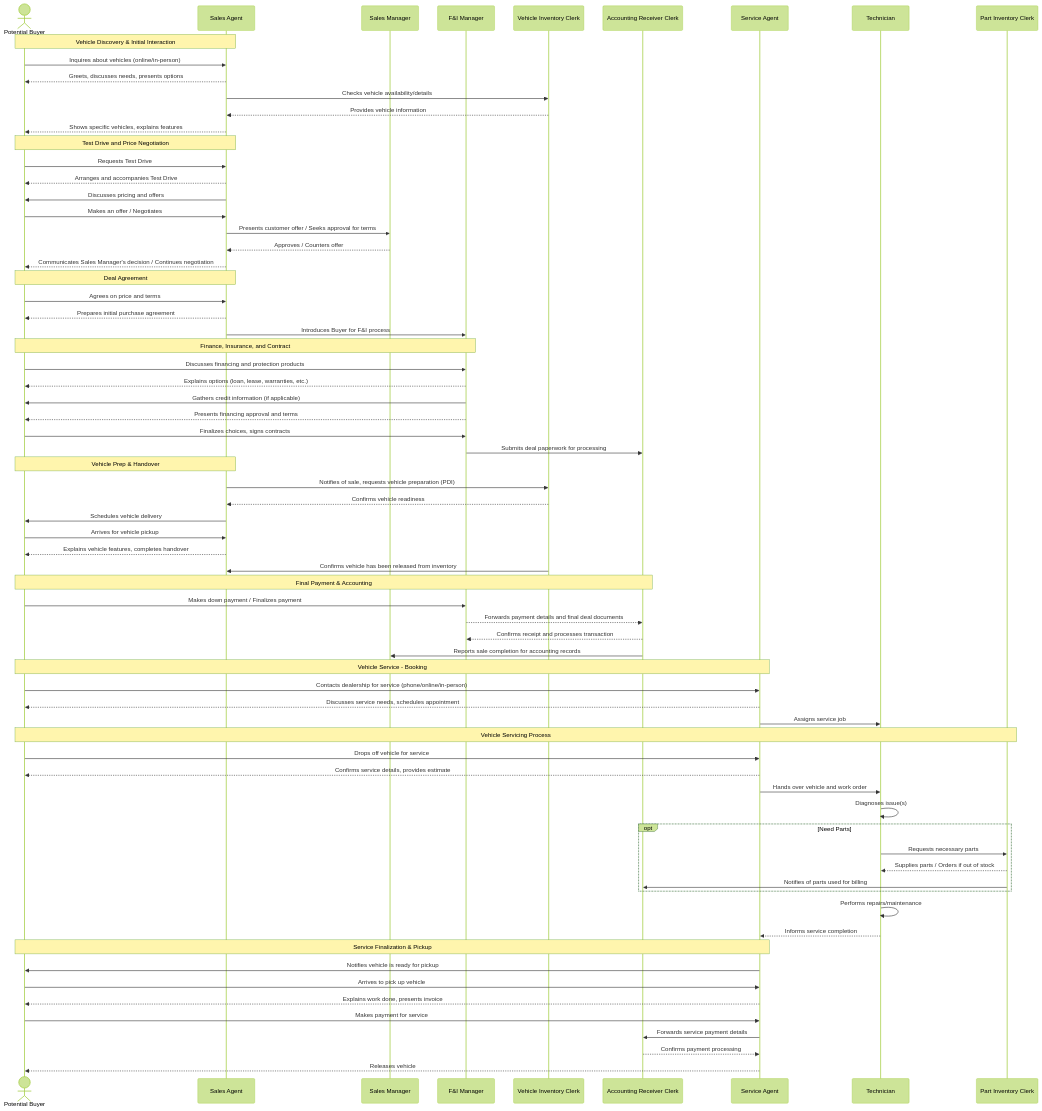
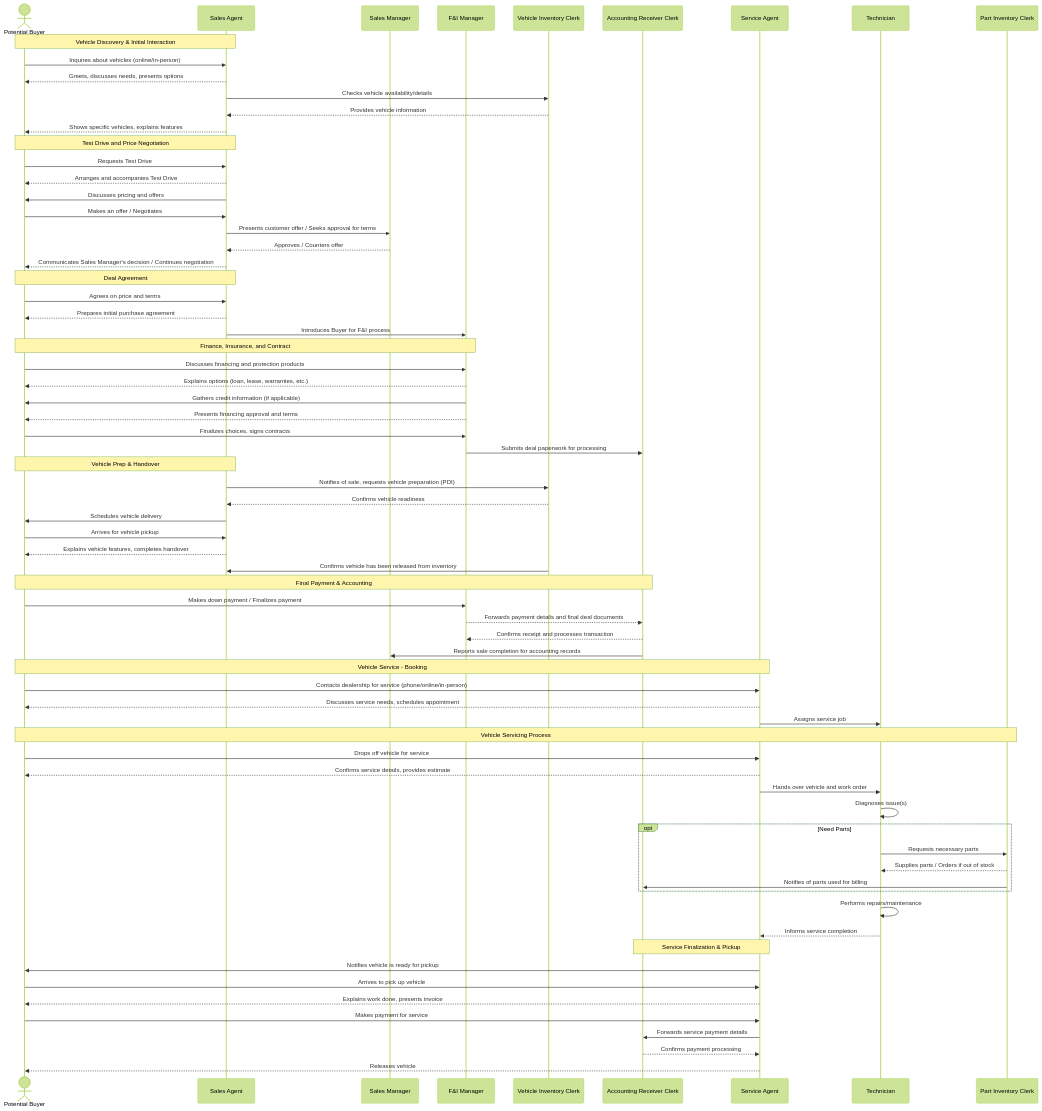
One commit to jazzwang/snippet changed the first of 2 diagrams in md/topics/vehicle-dealership-journey.md. Above: the diagram before and after it, drawn with Mermaid (forest theme).

Commit message:
docs: [md][topics] update Vehicle Dealership User Journey.

```diff
--- a/md/topics/vehicle-dealership-journey.md
+++ b/md/topics/vehicle-dealership-journey.md
@@ -100,7 +100,7 @@
     TECH-->>SVA: Informs service completion
 
     %% --- 9. Service Completion, Payment & Pickup ---
-    Note over PB, SVA: Service Finalization & Pickup
+    Note over SVA, ARC: Service Finalization & Pickup
     SVA->>PB: Notifies vehicle is ready for pickup
     PB->>SVA: Arrives to pick up vehicle
     SVA-->>PB: Explains work done, presents invoice
```
